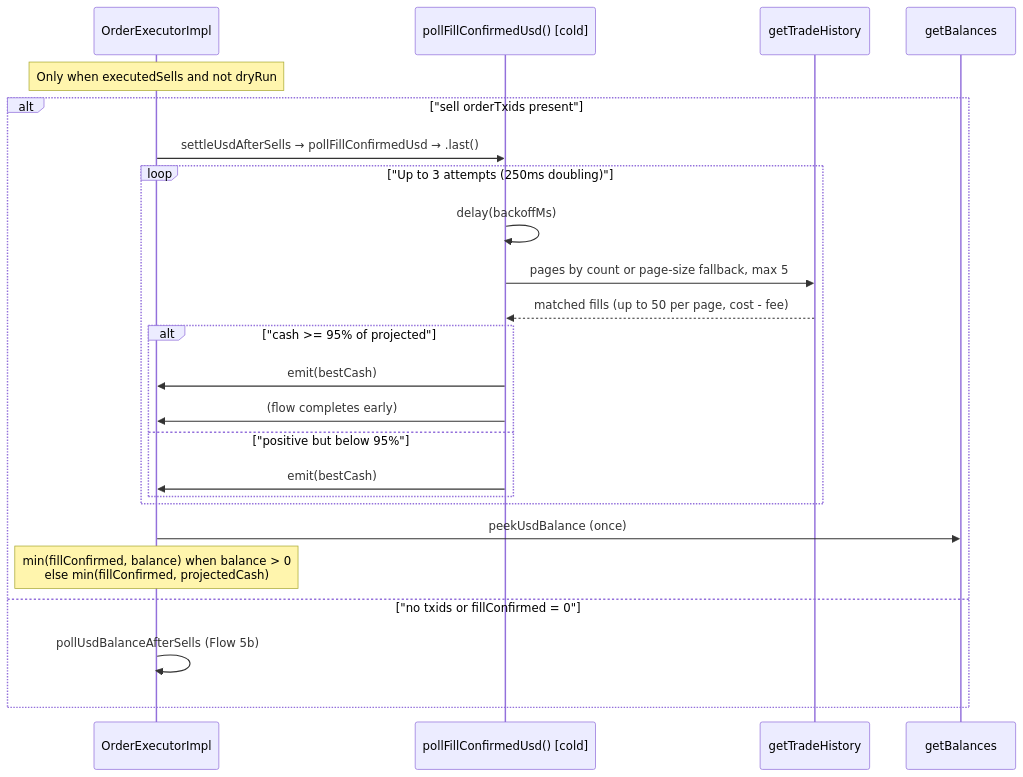
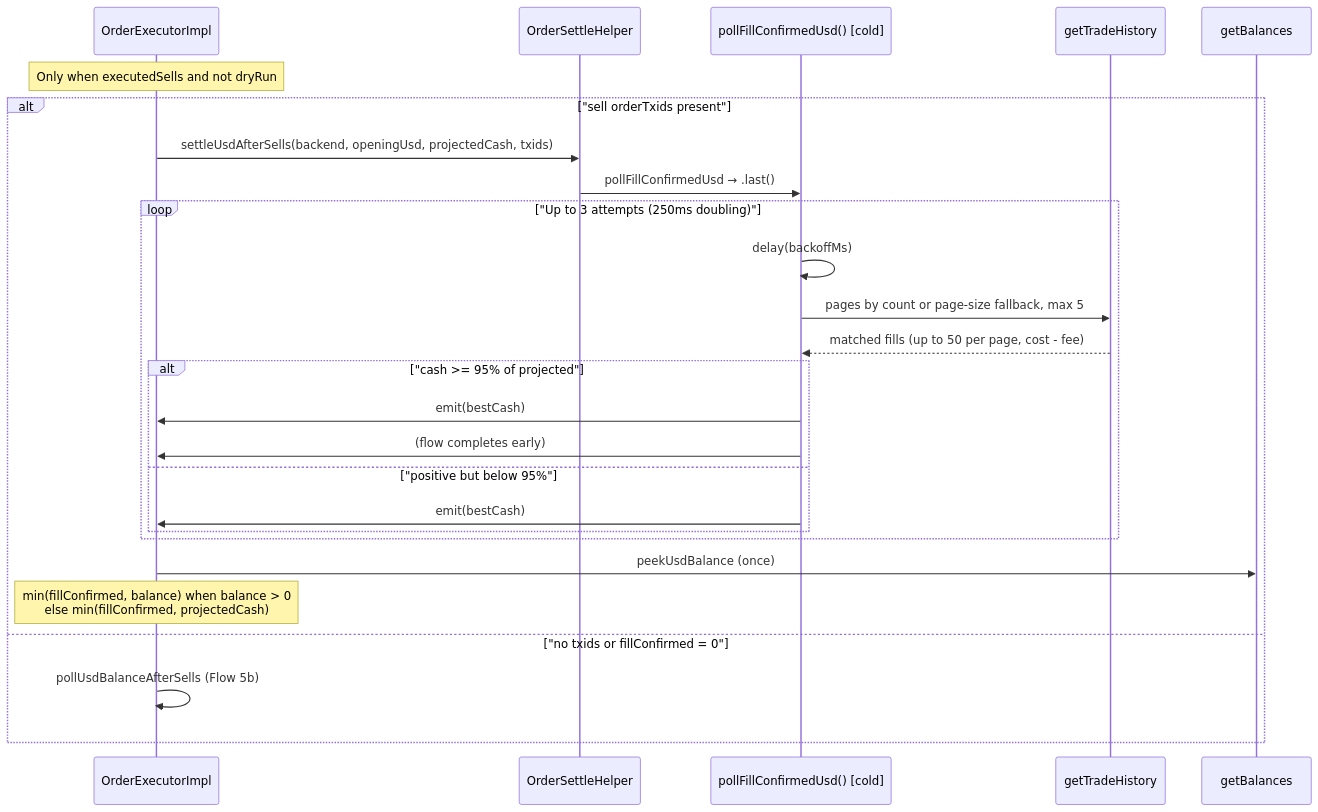
The sixth of 7 diagrams in docs/FLOWS.md (HyperVon/new-kraken-rebalancer), drawn with Mermaid before and after one commit. The commit also changed other lines of this file and 17 other files, not shown here.

````diff
--- a/docs/FLOWS.md
+++ b/docs/FLOWS.md
@@ -325,27 +326,29 @@
 ```mermaid
 sequenceDiagram
     participant OE as OrderExecutorImpl
+    participant OSH as OrderSettleHelper
     participant Fill as pollFillConfirmedUsd() [cold]
     participant Hist as getTradeHistory
     participant Bal as getBalances
 
     note over OE: Only when executedSells and not dryRun
     alt "sell orderTxids present"
-        OE->>Fill: settleUsdAfterSells → pollFillConfirmedUsd → .last()
+        OE->>OSH: settleUsdAfterSells(backend, openingUsd, projectedCash, txids)
+        OSH->>Fill: pollFillConfirmedUsd → .last()
         loop "Up to 3 attempts (250ms doubling)"
             Fill->>Fill: delay(backoffMs)
             Fill->>Hist: pages by count or page-size fallback, max 5
             Hist-->>Fill: matched fills (up to 50 per page, cost - fee)
             alt "cash >= 95% of projected"
                 Fill->>OE: emit(bestCash)
                 Fill->>OE: (flow completes early)
             else "positive but below 95%"
                 Fill->>OE: emit(bestCash)
             end
         end
         OE->>Bal: peekUsdBalance (once)
         note over OE: min(fillConfirmed, balance) when balance > 0<br/>else min(fillConfirmed, projectedCash)
     else "no txids or fillConfirmed = 0"
         OE->>OE: pollUsdBalanceAfterSells (Flow 5b)
     end
 ```
````
